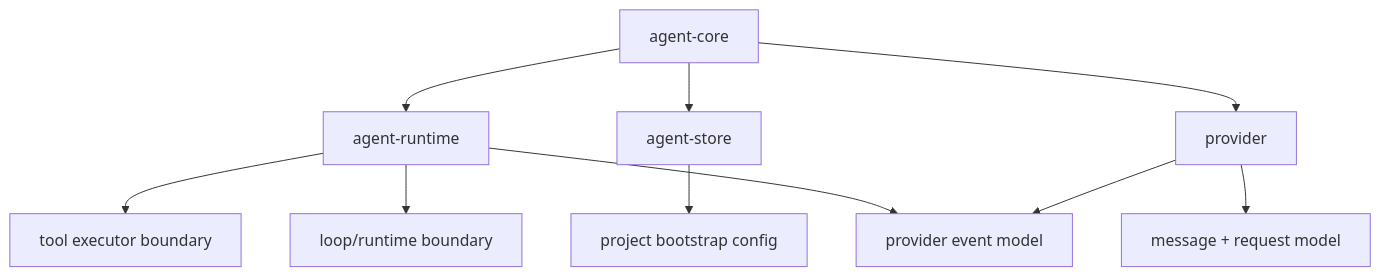
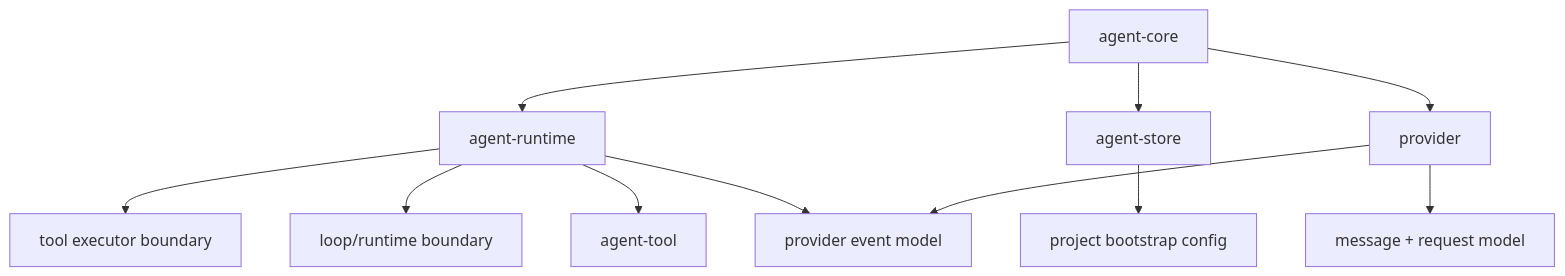
The diagram in docs/architecture/types.md (leto-labs/leto), drawn with Mermaid before and after one commit. The commit also changed other lines of this file and 209 other files, not shown here.

````diff
--- a/docs/architecture/types.md
+++ b/docs/architecture/types.md
@@ -30,17 +30,19 @@
 ```mermaid
 flowchart TD
     Provider[provider]
     Runtime[agent-runtime]
     Store[agent-store]
     Core[agent-core]
 
     Provider --> Message[message + request model]
     Provider --> Event[provider event model]
+    ToolSdk[agent-tool]
     Runtime --> Tool[tool executor boundary]
     Runtime --> Loop[loop/runtime boundary]
     Runtime --> Event
     Store --> Config[project bootstrap config]
     Core --> Runtime
     Core --> Store
     Core --> Provider
+    Runtime --> ToolSdk
 ```
````
